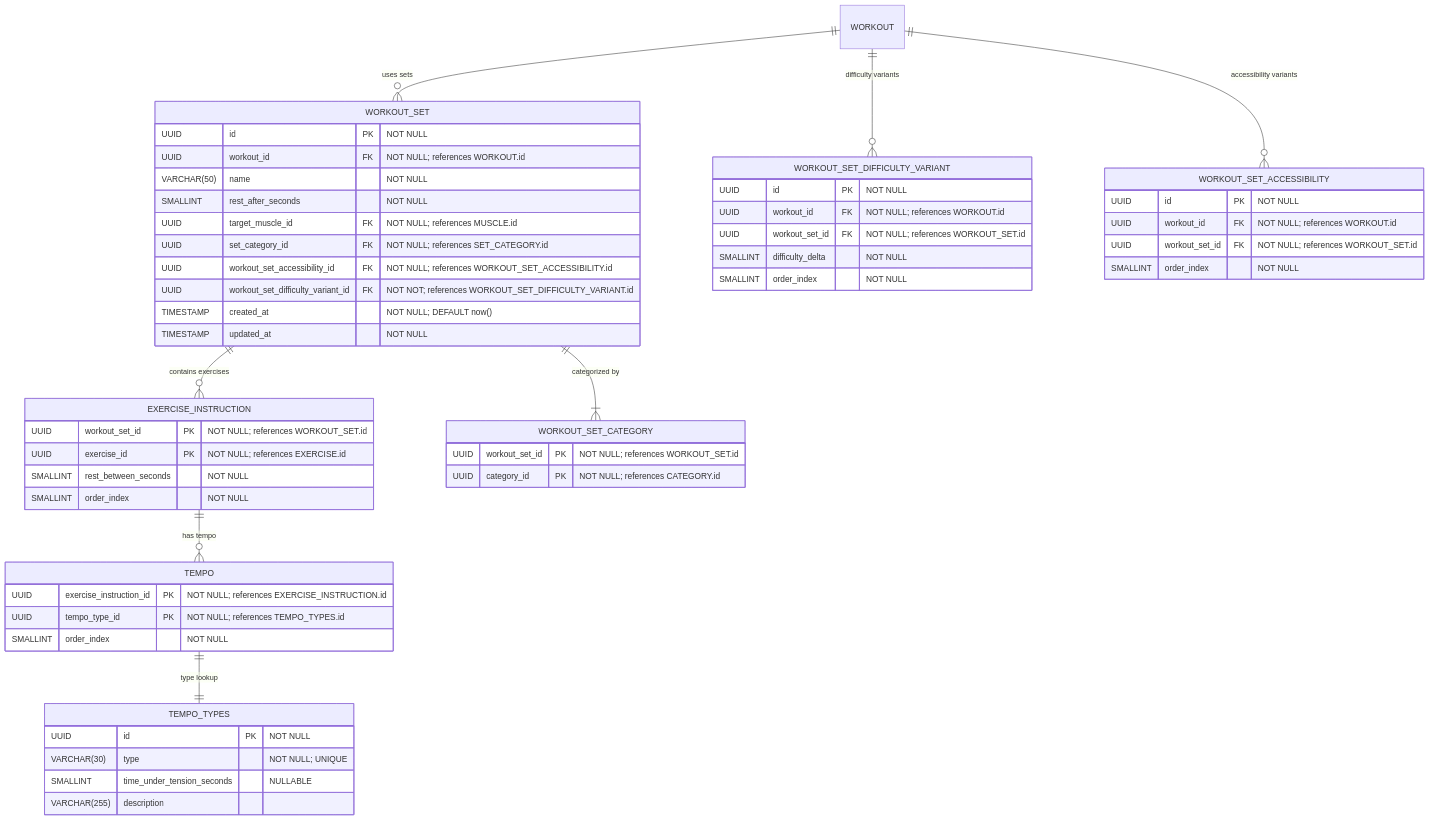
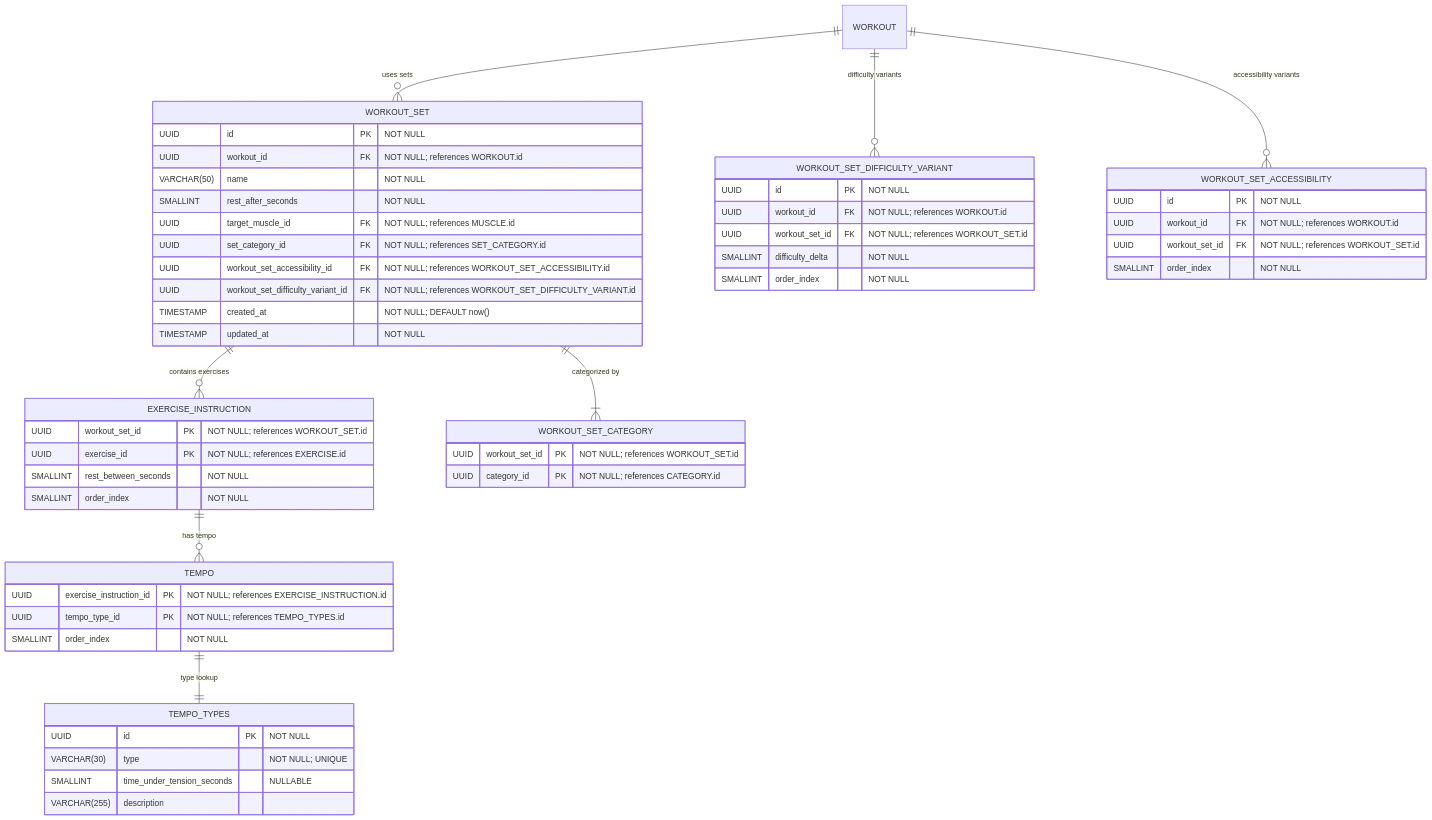
One commit to Dratharias/Motriforge changed the diagram in docs/workout/composition_sets_instructions_tempo.md. Above: the diagram before and after it, drawn with Mermaid. The commit also changed 5 other files, not shown here.

````diff
--- a/docs/workout/composition_sets_instructions_tempo.md
+++ b/docs/workout/composition_sets_instructions_tempo.md
@@ -8,67 +8,67 @@
 ```mermaid
 erDiagram
   %%=== Layer 2: Composition (Sets, Instructions, Tempo) ===%%
 
   WORKOUT_SET {
     UUID id PK                              "NOT NULL"
     UUID workout_id FK                      "NOT NULL; references WORKOUT.id"
     VARCHAR(50) name                        "NOT NULL"
     SMALLINT rest_after_seconds             "NOT NULL"
     UUID target_muscle_id FK                "NOT NULL; references MUSCLE.id"
     UUID set_category_id FK                 "NOT NULL; references SET_CATEGORY.id"
     UUID workout_set_accessibility_id FK    "NOT NULL; references WORKOUT_SET_ACCESSIBILITY.id"
-    UUID workout_set_difficulty_variant_id FK "NOT NOT; references WORKOUT_SET_DIFFICULTY_VARIANT.id"
+    UUID workout_set_difficulty_variant_id FK "NOT NULL; references WORKOUT_SET_DIFFICULTY_VARIANT.id"
     TIMESTAMP created_at                    "NOT NULL; DEFAULT now()"
     TIMESTAMP updated_at                    "NOT NULL"
   }
 
   EXERCISE_INSTRUCTION {
     UUID workout_set_id PK      "NOT NULL; references WORKOUT_SET.id"
     UUID exercise_id PK         "NOT NULL; references EXERCISE.id"
     SMALLINT rest_between_seconds "NOT NULL"
     SMALLINT order_index         "NOT NULL"
   }
 
   TEMPO {
     UUID exercise_instruction_id PK "NOT NULL; references EXERCISE_INSTRUCTION.id"
     UUID tempo_type_id PK           "NOT NULL; references TEMPO_TYPES.id"
     SMALLINT order_index            "NOT NULL"
   }
 
   TEMPO_TYPES {
     UUID id PK                    "NOT NULL"
     VARCHAR(30) type              "NOT NULL; UNIQUE"
     SMALLINT time_under_tension_seconds "NULLABLE"
     VARCHAR(255) description
   }
 
   WORKOUT_SET_CATEGORY {
     UUID workout_set_id PK "NOT NULL; references WORKOUT_SET.id"
     UUID category_id PK    "NOT NULL; references CATEGORY.id"
   }
 
   WORKOUT_SET_DIFFICULTY_VARIANT {
     UUID id PK                     "NOT NULL"
     UUID workout_id FK             "NOT NULL; references WORKOUT.id"
     UUID workout_set_id FK         "NOT NULL; references WORKOUT_SET.id"
     SMALLINT difficulty_delta      "NOT NULL"
     SMALLINT order_index           "NOT NULL"
   }
 
   WORKOUT_SET_ACCESSIBILITY {
     UUID id PK                     "NOT NULL"
     UUID workout_id FK             "NOT NULL; references WORKOUT.id"
     UUID workout_set_id FK         "NOT NULL; references WORKOUT_SET.id"
     SMALLINT order_index           "NOT NULL"
   }
 
   %%— Relationships in Layer 2 —
   WORKOUT ||--o{ WORKOUT_SET                         : "uses sets"
   WORKOUT_SET ||--o{ EXERCISE_INSTRUCTION             : "contains exercises"
   EXERCISE_INSTRUCTION ||--o{ TEMPO                    : "has tempo"
   TEMPO ||--|| TEMPO_TYPES                             : "type lookup"
   WORKOUT_SET ||--|{ WORKOUT_SET_CATEGORY               : "categorized by"
   WORKOUT ||--o{ WORKOUT_SET_DIFFICULTY_VARIANT        : "difficulty variants"
   WORKOUT ||--o{ WORKOUT_SET_ACCESSIBILITY             : "accessibility variants"
 
 ```
````
